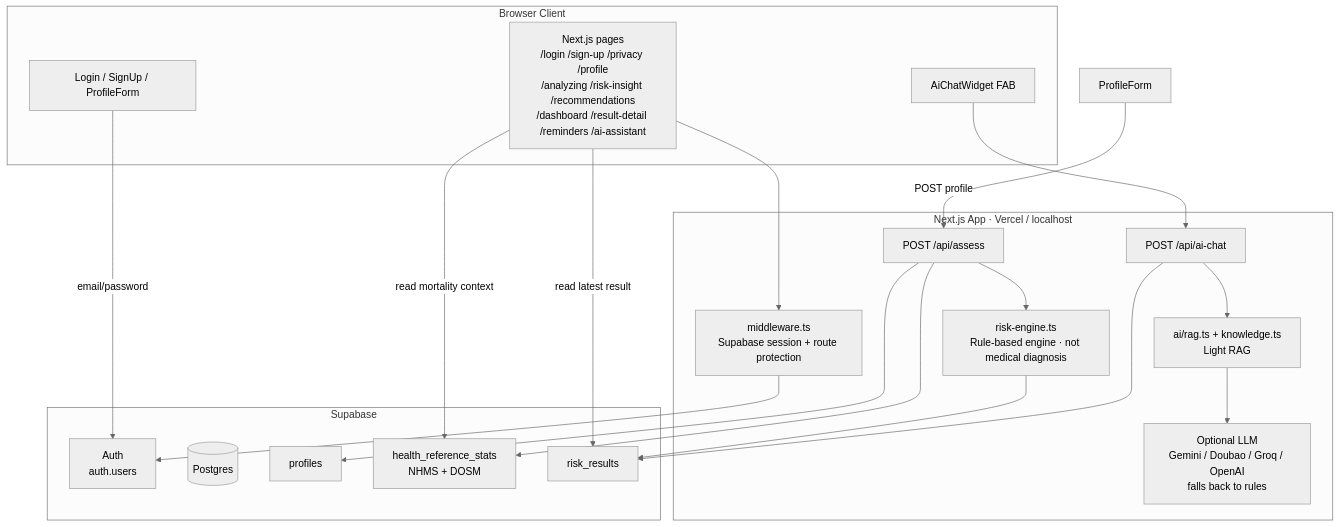
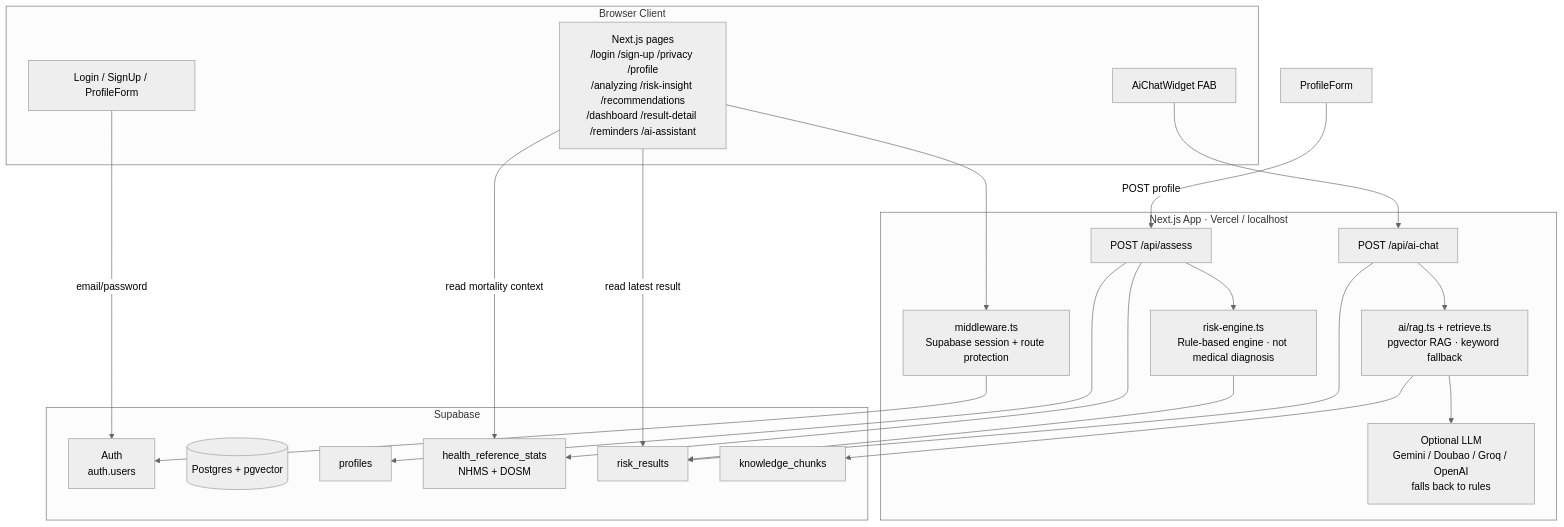
One commit to jxia0077-boop/sihatq-prototype changed the second of 5 diagrams in web/README.md. Above: the diagram before and after it, drawn with Mermaid (neutral theme). The commit also changed other lines of this file, not shown here.

````diff
--- a/web/README.md
+++ b/web/README.md
@@ -239,42 +239,44 @@
 ```mermaid
 flowchart TB
   subgraph Client["Browser Client"]
     Pages["Next.js pages<br/>/login /sign-up /privacy /profile<br/>/analyzing /risk-insight /recommendations<br/>/dashboard /result-detail /reminders /ai-assistant"]
     Widget["AiChatWidget FAB"]
     Forms["Login / SignUp / ProfileForm"]
   end
 
   subgraph Next["Next.js App · Vercel / localhost"]
     MW["middleware.ts<br/>Supabase session + route protection"]
     API_Assess["POST /api/assess"]
     API_AI["POST /api/ai-chat"]
     Risk["risk-engine.ts<br/>Rule-based engine · not medical diagnosis"]
-    RAG["ai/rag.ts + knowledge.ts<br/>Light RAG"]
+    RAG["ai/rag.ts + retrieve.ts<br/>pgvector RAG · keyword fallback"]
     LLM["Optional LLM<br/>Gemini / Doubao / Groq / OpenAI<br/>falls back to rules"]
   end
 
   subgraph Supa["Supabase"]
     Auth["Auth<br/>auth.users"]
-    DB[(Postgres)]
+    DB[(Postgres + pgvector)]
     Profiles["profiles"]
     Stats["health_reference_stats<br/>NHMS + DOSM"]
     Results["risk_results"]
+    Knowledge["knowledge_chunks"]
   end
 
   Forms -->|email/password| Auth
   Pages --> MW
   MW --> Auth
   ProfileForm -->|POST profile| API_Assess
   Widget --> API_AI
   Pages -->|read latest result| Results
   Pages -->|read mortality context| Stats
 
   API_Assess --> Profiles
   API_Assess --> Stats
   API_Assess --> Risk
   Risk --> Results
 
   API_AI --> Results
   API_AI --> RAG
+  RAG --> Knowledge
   RAG --> LLM
 ```
````
